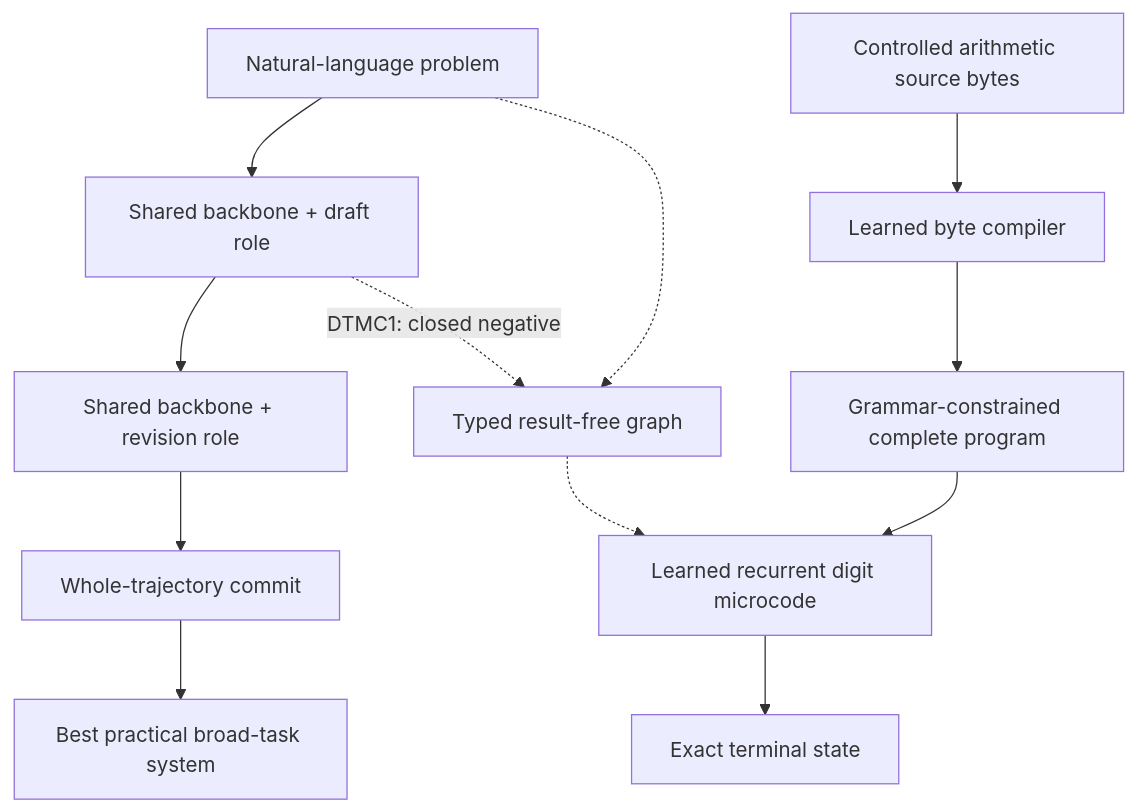
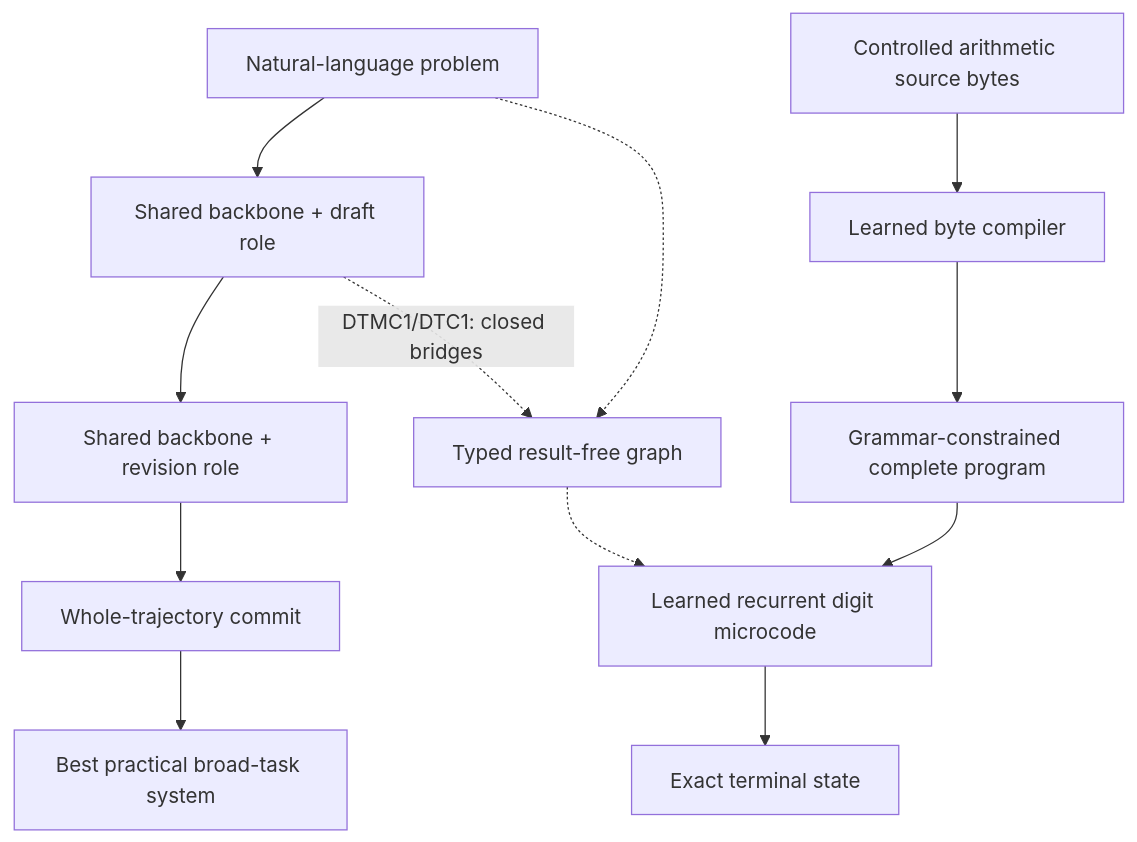
One commit to GodlyDonuts/shohin-ettr changed the first of 2 diagrams in SHOHIN.md. Above: the diagram before and after it, drawn with Mermaid. The commit also changed other lines of this file and 4 other files, not shown here.

````diff
--- a/SHOHIN.md
+++ b/SHOHIN.md
@@ -95,17 +107,17 @@
 ```mermaid
 flowchart TB
     X["Natural-language problem"]
     X --> D["Shared backbone + draft role"]
     D --> R["Shared backbone + revision role"]
     R --> C["Whole-trajectory commit"]
     C --> B["Best practical broad-task system"]
 
     S["Controlled arithmetic source bytes"] --> BC["Learned byte compiler"]
     BC --> GP["Grammar-constrained complete program"]
     GP --> LM["Learned recurrent digit microcode"]
     LM --> T["Exact terminal state"]
 
-    D -. "DTMC1: closed negative" .-> TG["Typed result-free graph"]
+    D -. "DTMC1/DTC1: closed bridges" .-> TG["Typed result-free graph"]
     X -.-> TG
     TG -.-> LM
 ```
````
